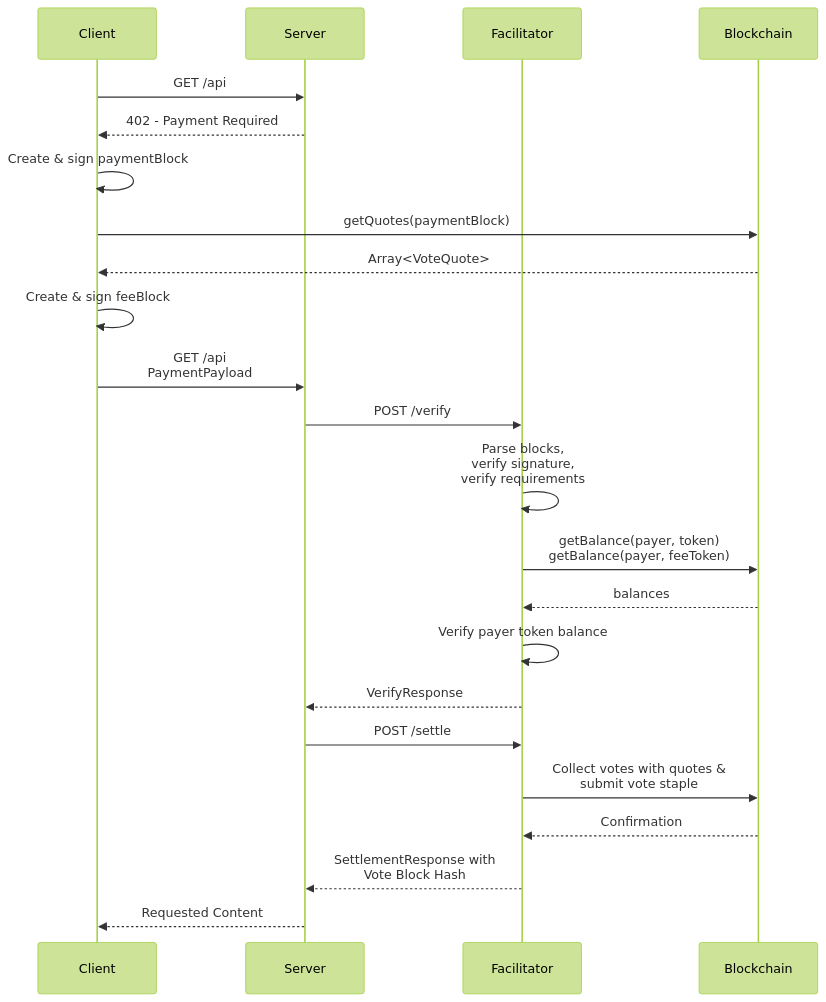
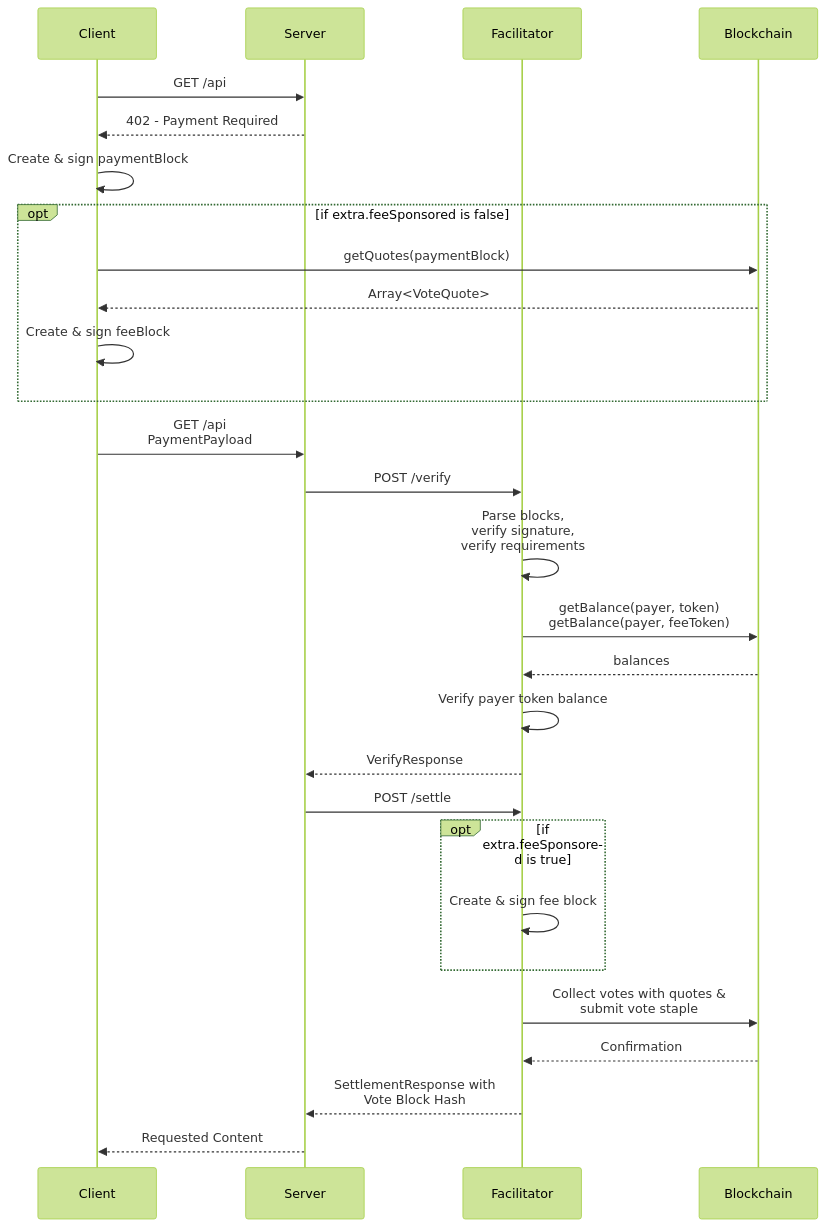
The diagram in specs/schemes/exact/scheme_exact_keeta_quotes.md (sc4l3r/coinbase-x402), drawn with Mermaid (forest theme) before and after one commit. The commit also changed other lines of this file and 1 other file, not shown here.

Commit message:
feat(specs): add external field and fee sponsorship to Keeta spec

````diff
--- a/specs/schemes/exact/scheme_exact_keeta_quotes.md
+++ b/specs/schemes/exact/scheme_exact_keeta_quotes.md
@@ -13,26 +13,31 @@
 ```mermaid
 sequenceDiagram
     participant Client;
     participant Server;
     participant Facilitator;
     participant Blockchain;
 
     Client->>Server: GET /api
     Server-->>Client: 402 - Payment Required
     Client->>Client: Create & sign paymentBlock
-    Client->>Blockchain: getQuotes(paymentBlock)
-    Blockchain-->>Client: Array<VoteQuote>
-    Client->>Client: Create & sign feeBlock
+    opt if extra.feeSponsored is false
+        Client->>Blockchain: getQuotes(paymentBlock)
+        Blockchain-->>Client: Array<VoteQuote>
+        Client->>Client: Create & sign feeBlock
+    end
     Client->>Server: GET /api <br>PaymentPayload
     Server->>Facilitator: POST /verify
     Facilitator->>Facilitator: Parse blocks,<br>verify signature,<br>verify requirements
     Facilitator->>Blockchain: getBalance(payer, token)<br>getBalance(payer, feeToken)
     Blockchain-->>Facilitator: balances
     Facilitator->>Facilitator: Verify payer token balance
     Facilitator-->>Server: VerifyResponse
     Server->>Facilitator: POST /settle
+    opt if extra.feeSponsored is true
+        Facilitator->>Facilitator: Create & sign fee block
+    end
     Facilitator->>Blockchain: Collect votes with quotes &<br>submit vote staple
     Blockchain-->>Facilitator: Confirmation
     Facilitator-->>Server: SettlementResponse with<br>Vote Block Hash
     Server-->>Client: Requested Content
 ```
````
